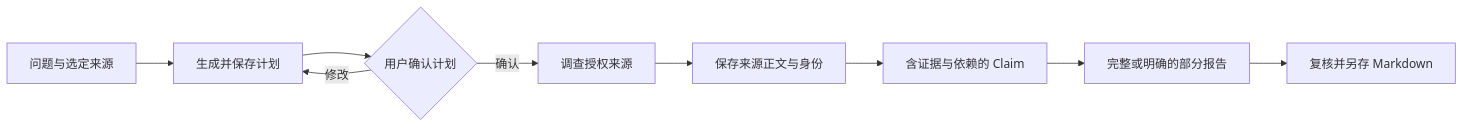
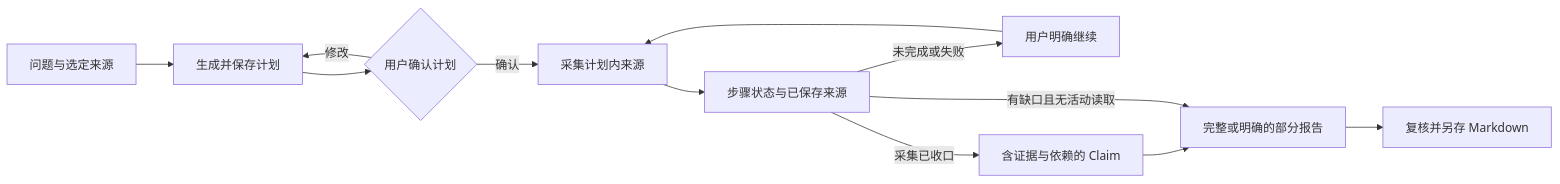
The first of 2 diagrams in docs/public/workflows.zh-CN.md (ChaoDiDiaoAA/Flowmate), drawn with Mermaid before and after one commit. The commit also changed other lines of this file and 24 other files, not shown here.

````diff
--- a/docs/public/workflows.zh-CN.md
+++ b/docs/public/workflows.zh-CN.md
@@ -21,11 +21,14 @@
 ```mermaid
 flowchart LR
   Input[问题与选定来源] --> Plan[生成并保存计划]
   Plan --> Confirm{用户确认计划}
   Confirm -->|修改| Plan
-  Confirm -->|确认| Read[调查授权来源]
-  Read --> Evidence[保存来源正文与身份]
-  Evidence --> Claims[含证据与依赖的 Claim]
+  Confirm -->|确认| Read[采集计划内来源]
+  Read --> Evidence[步骤状态与已保存来源]
+  Evidence -->|未完成或失败| Continue[用户明确继续]
+  Continue --> Read
+  Evidence -->|采集已收口| Claims[含证据与依赖的 Claim]
   Claims --> Report[完整或明确的部分报告]
+  Evidence -->|有缺口且无活动读取| Report
   Report --> Review[复核并另存 Markdown]
 ```
````
